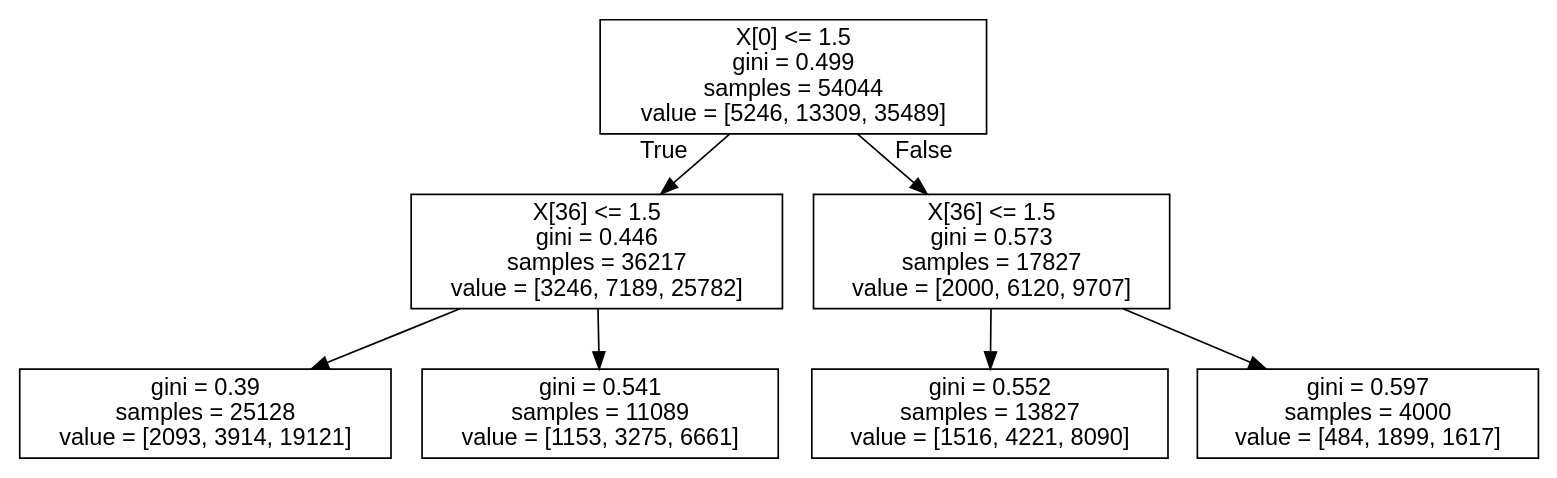
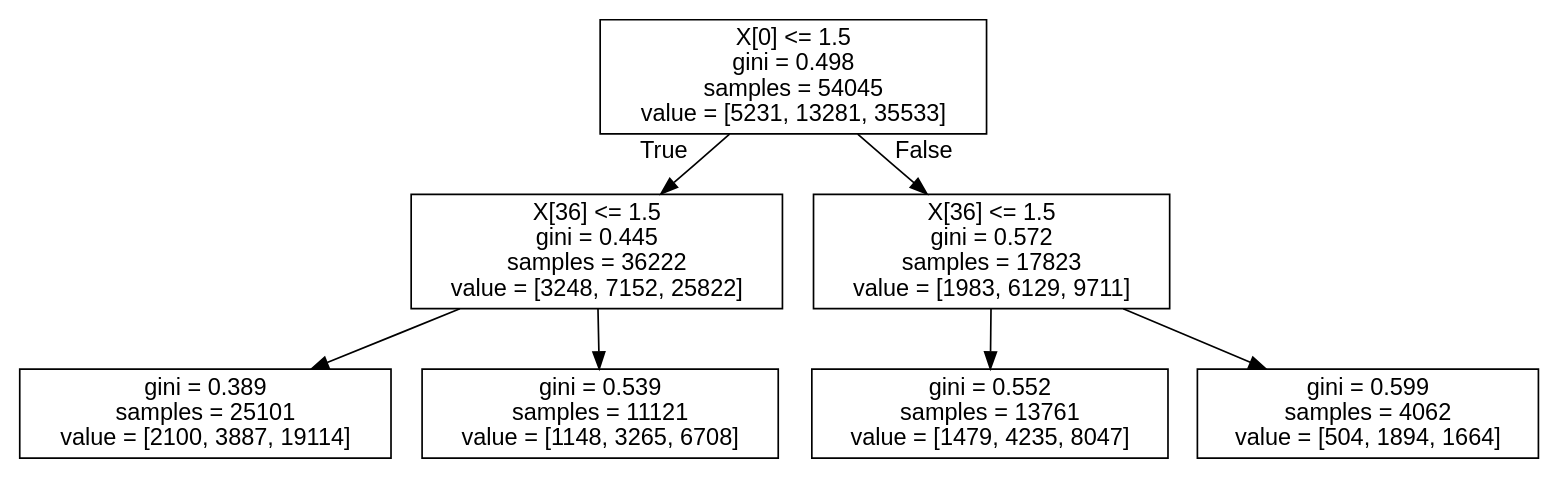
One commit to NVTienOfficial/Decision-Tree-with-scikit-learn changed the diagram in output/max_depth/tree_depth2.dot. Above: the diagram before and after it, drawn with Graphviz. The commit also changed 26 other files, not shown here.

```diff
--- a/output/max_depth/tree_depth2.dot
+++ b/output/max_depth/tree_depth2.dot
@@ -1,17 +1,17 @@
 digraph Tree {
 node [shape=box, fontname="helvetica"] ;
 edge [fontname="helvetica"] ;
-0 [label="X[0] <= 1.5\ngini = 0.499\nsamples = 54044\nvalue = [5246, 13309, 35489]"] ;
-1 [label="X[36] <= 1.5\ngini = 0.446\nsamples = 36217\nvalue = [3246, 7189, 25782]"] ;
+0 [label="X[0] <= 1.5\ngini = 0.498\nsamples = 54045\nvalue = [5231, 13281, 35533]"] ;
+1 [label="X[36] <= 1.5\ngini = 0.445\nsamples = 36222\nvalue = [3248, 7152, 25822]"] ;
 0 -> 1 [labeldistance=2.5, labelangle=45, headlabel="True"] ;
-2 [label="gini = 0.39\nsamples = 25128\nvalue = [2093, 3914, 19121]"] ;
+2 [label="gini = 0.389\nsamples = 25101\nvalue = [2100, 3887, 19114]"] ;
 1 -> 2 ;
-3 [label="gini = 0.541\nsamples = 11089\nvalue = [1153, 3275, 6661]"] ;
+3 [label="gini = 0.539\nsamples = 11121\nvalue = [1148, 3265, 6708]"] ;
 1 -> 3 ;
-4 [label="X[36] <= 1.5\ngini = 0.573\nsamples = 17827\nvalue = [2000, 6120, 9707]"] ;
+4 [label="X[36] <= 1.5\ngini = 0.572\nsamples = 17823\nvalue = [1983, 6129, 9711]"] ;
 0 -> 4 [labeldistance=2.5, labelangle=-45, headlabel="False"] ;
-5 [label="gini = 0.552\nsamples = 13827\nvalue = [1516, 4221, 8090]"] ;
+5 [label="gini = 0.552\nsamples = 13761\nvalue = [1479, 4235, 8047]"] ;
 4 -> 5 ;
-6 [label="gini = 0.597\nsamples = 4000\nvalue = [484, 1899, 1617]"] ;
+6 [label="gini = 0.599\nsamples = 4062\nvalue = [504, 1894, 1664]"] ;
 4 -> 6 ;
 }
```
